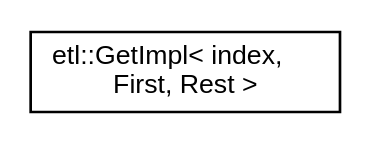
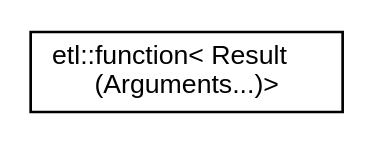
Before and after one commit to tobanteAudio/taetl: the diagram in inherit_graph_26.dot, drawn with Graphviz. The commit also changed 63 other files, not shown here.

```diff
--- a/inherit_graph_26.dot
+++ b/inherit_graph_26.dot
@@ -1,7 +1,7 @@
 digraph "Graphical Class Hierarchy"
 {
   edge [fontname="Helvetica",fontsize="10",labelfontname="Helvetica",labelfontsize="10"];
   node [fontname="Helvetica",fontsize="10",shape=record];
   rankdir="LR";
-  Node0 [label="etl::GetImpl\< index,\l First, Rest \>",height=0.2,width=0.4,color="black", fillcolor="white", style="filled",URL="$structetl_1_1GetImpl.html"];
+  Node0 [label="etl::function\< Result\l(Arguments...)\>",height=0.2,width=0.4,color="black", fillcolor="white", style="filled",URL="$classetl_1_1function_3_01Result_07Arguments_8_8_8_08_4.html"];
 }
```
